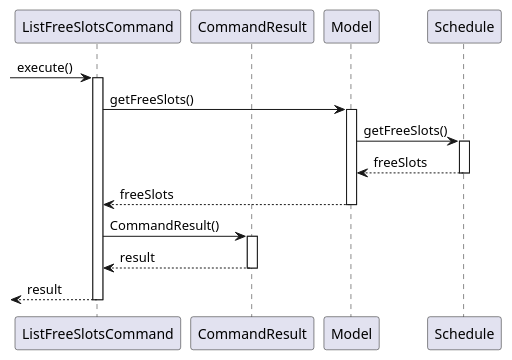
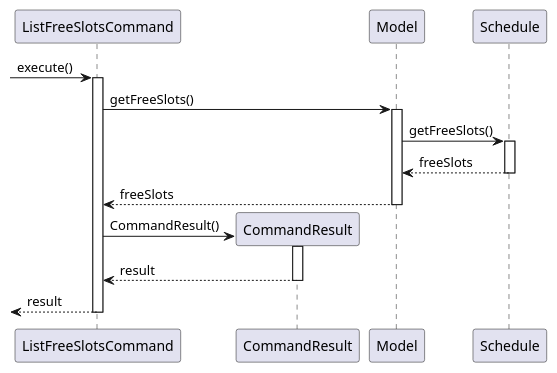
One commit to ruthpohrp/tp changed the diagram in docs/diagrams/ListFreeSlotsCommand.puml. Above: the diagram before and after it, drawn with PlantUML. The commit also changed 5 other files, not shown here.

```diff
--- a/docs/diagrams/ListFreeSlotsCommand.puml
+++ b/docs/diagrams/ListFreeSlotsCommand.puml
@@ -1,19 +1,20 @@
 @startuml
 'https://plantuml.com/sequence-diagram
 participant ListFreeSlotsCommand
 participant CommandResult
 participant Model
 participant Schedule
 -> ListFreeSlotsCommand:execute()
 activate ListFreeSlotsCommand
 ListFreeSlotsCommand -> Model:getFreeSlots()
 activate Model
 Model -> Schedule:getFreeSlots()
 activate Schedule
 return freeSlots
 return freeSlots
+create CommandResult
 ListFreeSlotsCommand -> CommandResult:CommandResult()
 activate CommandResult
 return result
 return result
 @enduml
```
